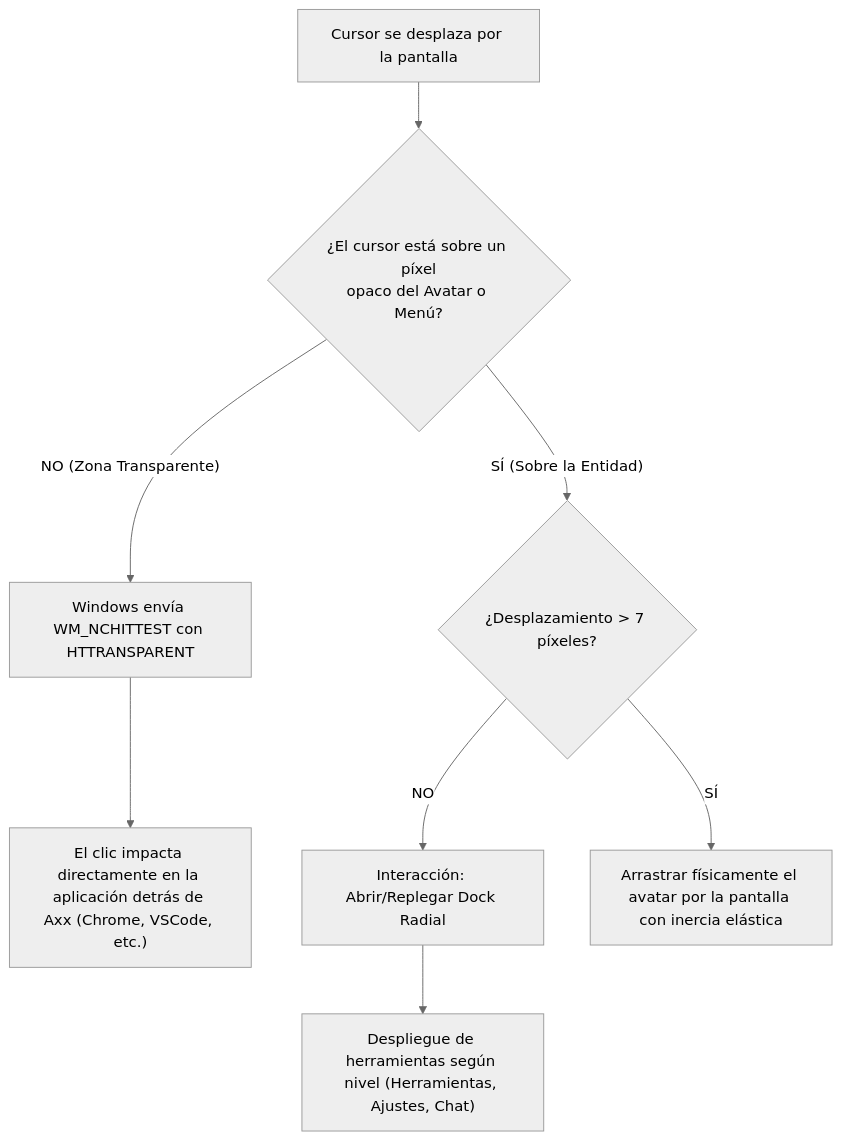
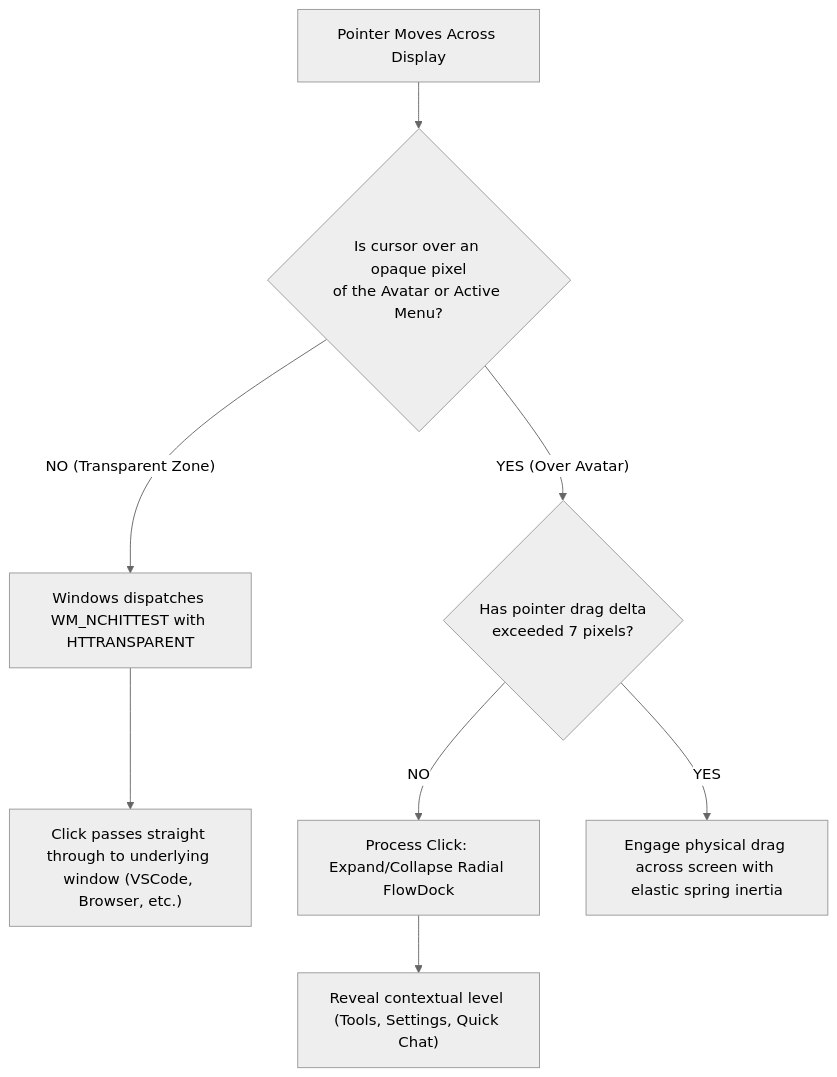
One commit to luigilaxmaster-coder/AXX changed the third of 3 diagrams in README.md. Above: the diagram before and after it, drawn with Mermaid (neutral theme). The commit also changed other lines of this file, not shown here.

````diff
--- a/README.md
+++ b/README.md
@@ -183,13 +183,13 @@
 ```mermaid
 flowchart TD
-    Start["Cursor se desplaza por la pantalla"] --> HitCheck{"¿El cursor está sobre un píxel<br/>opaco del Avatar o Menú?"}
+    Start["Pointer Moves Across Display"] --> HitCheck{"Is cursor over an opaque pixel<br/>of the Avatar or Active Menu?"}
     
-    HitCheck -- NO (Zona Transparente) --> Pass["Windows envía WM_NCHITTEST con HTTRANSPARENT"]
-    Pass --> DesktopClick["El clic impacta directamente en la aplicación detrás de Axx (Chrome, VSCode, etc.)"]
+    HitCheck -- NO (Transparent Zone) --> Pass["Windows dispatches WM_NCHITTEST with HTTRANSPARENT"]
+    Pass --> DesktopClick["Click passes straight through to underlying window (VSCode, Browser, etc.)"]
     
-    HitCheck -- SÍ (Sobre la Entidad) --> EvalJitter{"¿Desplazamiento > 7 píxeles?"}
-    EvalJitter -- NO --> ClickAvatar["Interacción: Abrir/Replegar Dock Radial"]
-    EvalJitter -- SÍ --> DragAvatar["Arrastrar físicamente el avatar por la pantalla con inercia elástica"]
+    HitCheck -- YES (Over Avatar) --> EvalJitter{"Has pointer drag delta<br/>exceeded 7 pixels?"}
+    EvalJitter -- NO --> ClickAvatar["Process Click: Expand/Collapse Radial FlowDock"]
+    EvalJitter -- YES --> DragAvatar["Engage physical drag across screen with elastic spring inertia"]
     
-    ClickAvatar --> ShowLevel["Despliegue de herramientas según nivel (Herramientas, Ajustes, Chat)"]
+    ClickAvatar --> ShowLevel["Reveal contextual level (Tools, Settings, Quick Chat)"]
 ```
````
